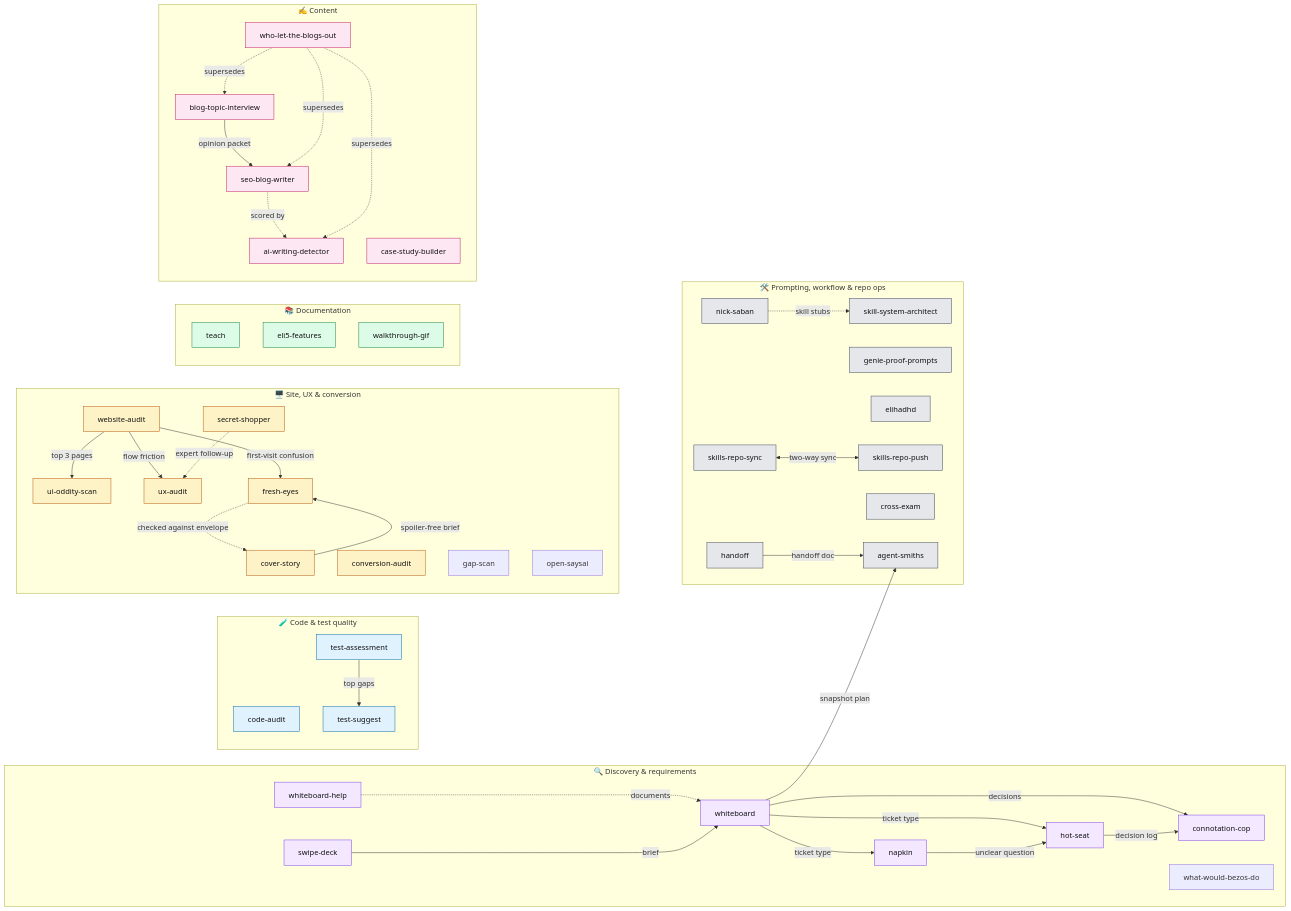
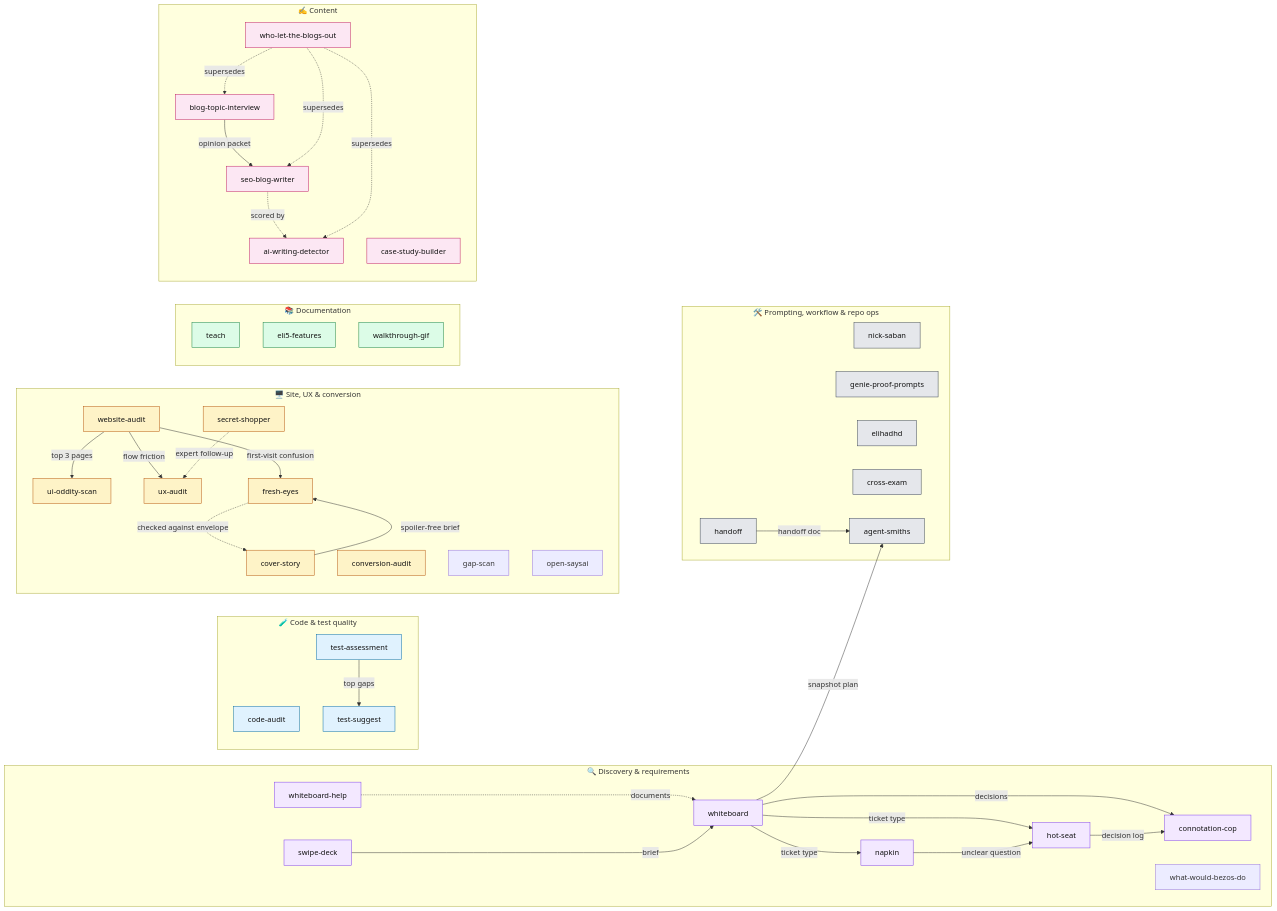
One commit to Theycallmeholla/skills changed the diagram in README.md. Above: the diagram before and after it, drawn with Mermaid. The commit also changed other lines of this file and 121 other files, not shown here.

````diff
--- a/README.md
+++ b/README.md
@@ -108,12 +108,9 @@
 
     subgraph META["🛠️ Prompting, workflow & repo ops"]
         NS[nick-saban]
-        SSA[skill-system-architect]
         GPP[genie-proof-prompts]
         HO[handoff]
         EA[elihadhd]
-        SRS[skills-repo-sync]
-        SRP[skills-repo-push]
         CX[cross-exam]
         AS[agent-smiths]
     end
@@ -141,10 +138,8 @@
     WLT -.supersedes.-> SEO
     WLT -.supersedes.-> AID
 
-    NS -.->|skill stubs| SSA
     WB -->|snapshot plan| AS
     HO -->|handoff doc| AS
-    SRS <-->|two-way sync| SRP
 
     classDef disc fill:#f3e8ff,stroke:#7c3aed,color:#111
     classDef code fill:#e0f2fe,stroke:#0369a1,color:#111
@@ -157,5 +152,5 @@
     class WA,UX1,UO,CV,FE,CS,SS ux
     class TE,EL,WG doc
     class WLT,BTI,SEO,AID,CSB cont
-    class NS,SSA,GPP,HO,EA,SRS,SRP,CX,AS meta
+    class NS,GPP,HO,EA,CX,AS meta
 ```
````
